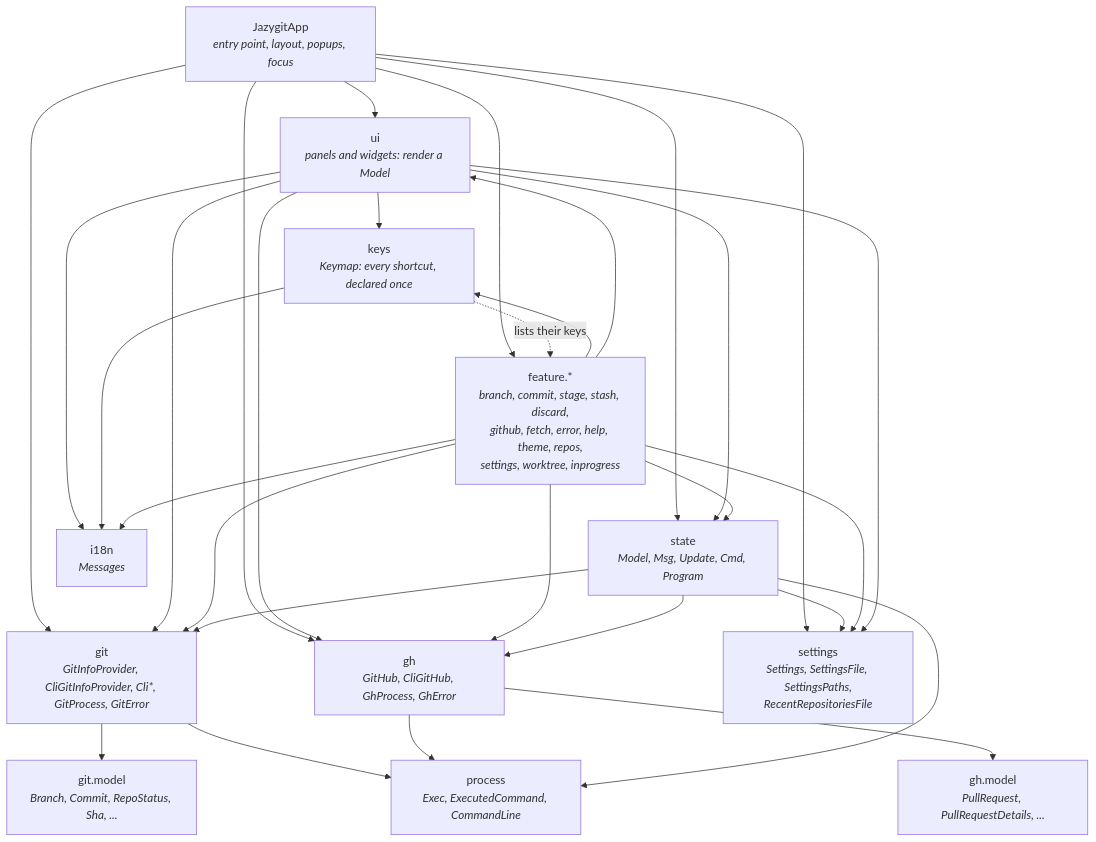
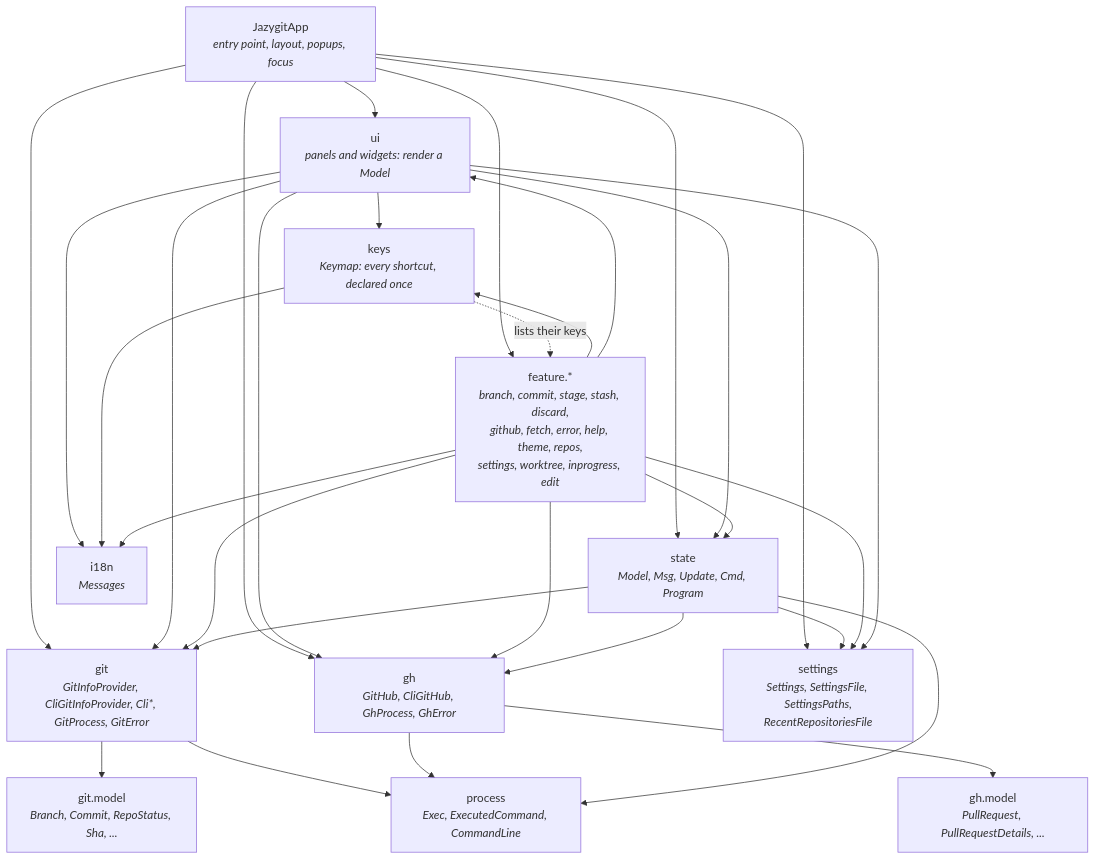
Before and after one commit to cvanfleteren/jazygit: the first of 7 diagrams in ARCHITECTURE.md, drawn with Mermaid. The commit also changed other lines of this file and 22 other files, not shown here.

````diff
--- a/ARCHITECTURE.md
+++ b/ARCHITECTURE.md
@@ -35,45 +35,45 @@
 ```mermaid
 graph TD
     App["JazygitApp<br/><i>entry point, layout, popups, focus</i>"]
     UI["ui<br/><i>panels and widgets: render a Model</i>"]
     Keys["keys<br/><i>Keymap: every shortcut, declared once</i>"]
-    Feature["feature.*<br/><i>branch, commit, stage, stash, discard,<br/>github, fetch, error, help, theme, repos,<br/>settings, worktree, inprogress</i>"]
+    Feature["feature.*<br/><i>branch, commit, stage, stash, discard,<br/>github, fetch, error, help, theme, repos,<br/>settings, worktree, inprogress, edit</i>"]
     State["state<br/><i>Model, Msg, Update, Cmd, Program</i>"]
     Git["git<br/><i>GitInfoProvider, CliGitInfoProvider, Cli*, GitProcess, GitError</i>"]
     GitModel["git.model<br/><i>Branch, Commit, RepoStatus, Sha, ...</i>"]
     Gh["gh<br/><i>GitHub, CliGitHub, GhProcess, GhError</i>"]
     GhModel["gh.model<br/><i>PullRequest, PullRequestDetails, ...</i>"]
     Process["process<br/><i>Exec, ExecutedCommand, CommandLine</i>"]
     I18n["i18n<br/><i>Messages</i>"]
     Settings["settings<br/><i>Settings, SettingsFile, SettingsPaths,<br/>RecentRepositoriesFile</i>"]
 
     App --> UI
     App --> State
     App --> Feature
     App --> Git
     App --> Gh
     UI --> Keys
     UI --> State
     UI --> Git
     UI --> Gh
     Keys -. "lists their keys" .-> Feature
     Feature --> Keys
     Feature --> UI
     Feature --> State
     Feature --> Git
     State --> Git
     Git --> GitModel
     Feature --> Gh
     State --> Gh
     Gh --> GhModel
     Git --> Process
     Gh --> Process
     State --> Process
     UI --> I18n
     App --> Settings
     State --> Settings
     Feature --> Settings
     UI --> Settings
     Keys --> I18n
     Feature --> I18n
 ```
````
